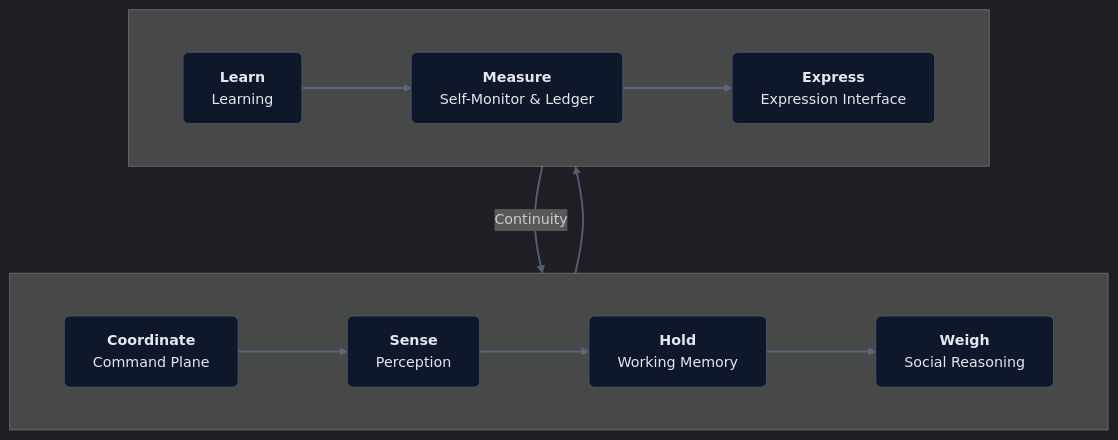
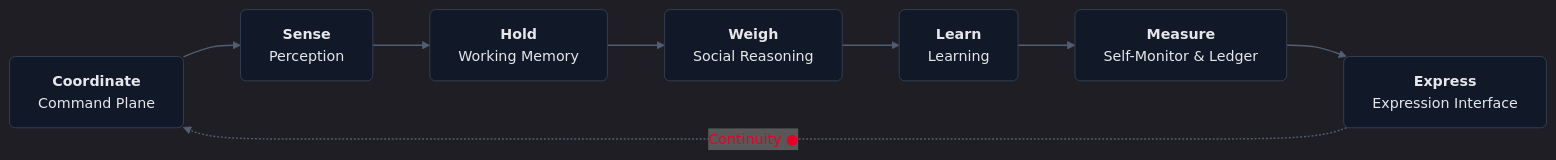
Before and after one commit to claritydelta/C-Master-Development-Narrative: the diagram in charts/fig01_cognitive_loop.mmd, drawn with Mermaid.

```diff
--- a/charts/fig01_cognitive_loop.mmd
+++ b/charts/fig01_cognitive_loop.mmd
@@ -1,38 +1,32 @@
 %%{init:{
   "theme":"dark",
   "themeVariables":{
     "fontFamily":"Source Sans Pro, Inter, Segoe UI, Helvetica, Arial, sans-serif",
     "fontSize":"15px",
-    "primaryColor":"#0f172a",
+    "primaryColor":"#111827",
     "primaryBorderColor":"#334155",
     "primaryTextColor":"#e5e7eb",
     "lineColor":"#64748B"
   },
-  "flowchart":{"htmlLabels":true,"curve":"basis","nodeSpacing":70,"rankSpacing":90}
+  "flowchart":{"htmlLabels":true,"curve":"basis","nodeSpacing":80,"rankSpacing":60}
 }}%%
-flowchart TB
+flowchart LR
+  %% === Style definitions ===
+  classDef node fill:#111827,stroke:#334155,stroke-width:1px,color:#e5e7eb,rx:6,ry:6;
+  linkStyle default stroke:#64748B,stroke-width:1.5px,opacity:0.75;
 
-  %% Node style (rounded, calm)
-  classDef node fill:#0f172a,stroke:#475569,stroke-width:1px,color:#e5e7eb,rx:6,ry:6;
-  linkStyle default stroke:#64748B,stroke-width:2px,opacity:0.75;
+  %% === Feed-forward cognition ===
+  A["<b>Coordinate</b><br/>Command Plane"]:::node --> 
+  B["<b>Sense</b><br/>Perception"]:::node --> 
+  C["<b>Hold</b><br/>Working Memory"]:::node
 
-  %% Top row — Feed‑forward cognition
-  subgraph FeedForward[ ]
-    direction LR
-    A["<b>Coordinate</b><br/>Command Plane"]:::node --> 
-    B["<b>Sense</b><br/>Perception"]:::node --> 
-    C["<b>Hold</b><br/>Working Memory"]:::node --> 
-    D["<b>Weigh</b><br/>Social Reasoning"]:::node
-  end
+  %% === Bridge between loops ===
+  C --> D["<b>Weigh</b><br/>Social Reasoning"]:::node
 
-  %% Bottom row — Feedback cognition
-  subgraph Feedback[ ]
-    direction LR
-    E["<b>Learn</b><br/>Learning"]:::node --> 
-    F["<b>Measure</b><br/>Self-Monitor &amp; Ledger"]:::node --> 
-    G["<b>Express</b><br/>Expression Interface"]:::node
-  end
+  %% === Feedback cognition ===
+  D --> E["<b>Learn</b><br/>Learning"]:::node --> 
+  F["<b>Measure</b><br/>Self-Monitor &amp; Ledger"]:::node --> 
+  G["<b>Express</b><br/>Expression Interface"]:::node
 
-  %% Bridge + continuity (label on the closing arc, no extra node)
-  D --> E
-  G -->|Continuity| A
+  %% === Continuity accent ===
+  G -.->|<span style='color:#E60026'>Continuity ●</span>| A
```
